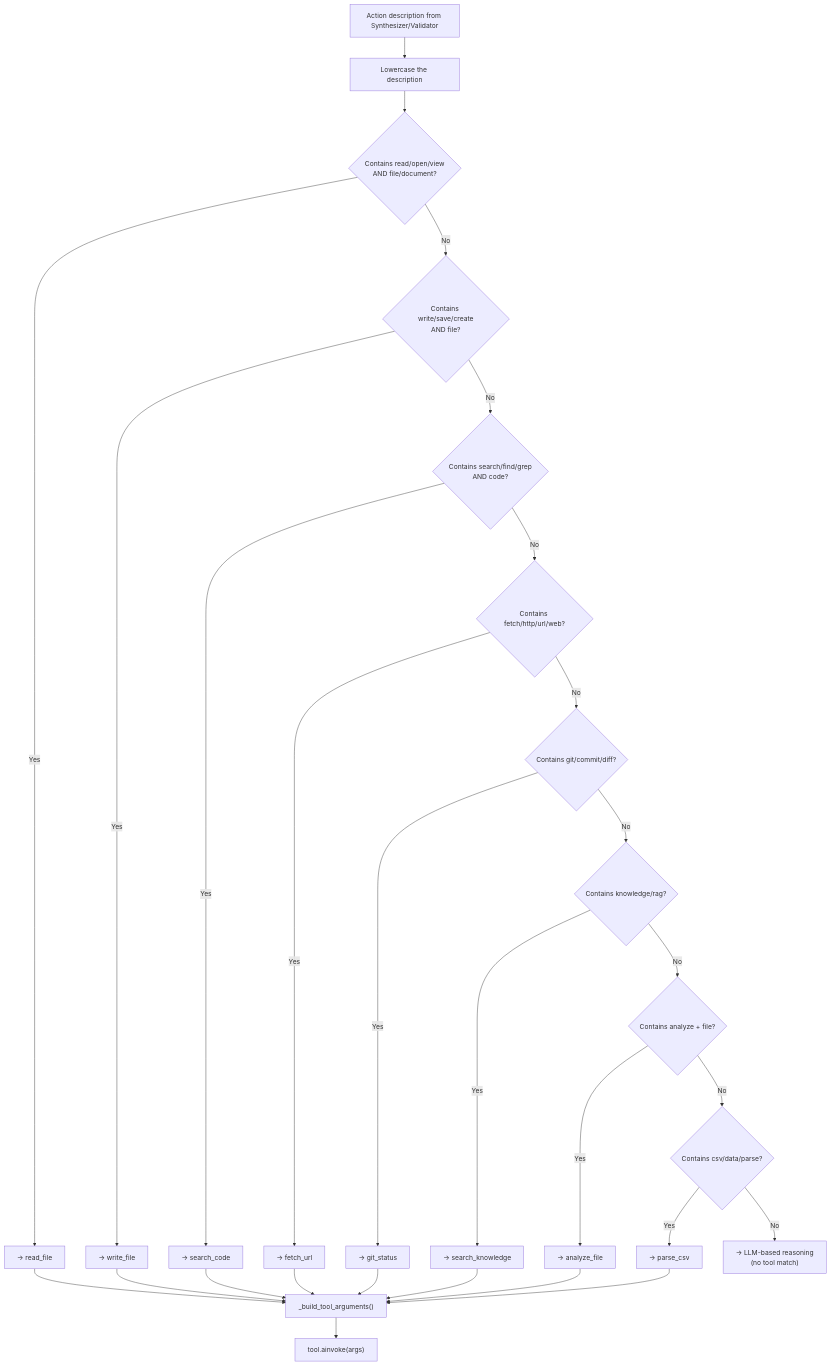
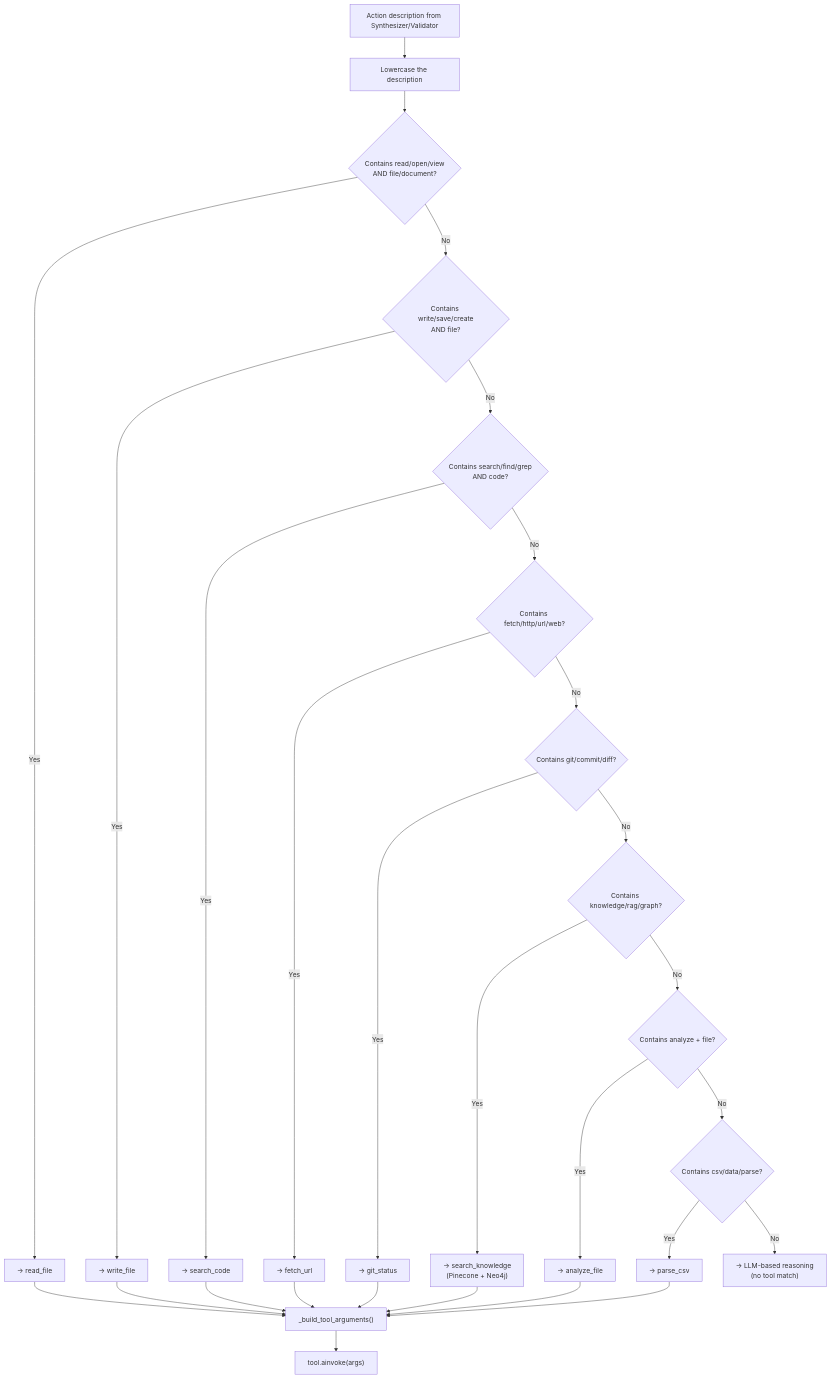
One commit to hoangsonww/AI-RAG-Assistant-Chatbot changed diagram 23 of 25 in AGENTIC-AI.md. Above: the diagram before and after it, drawn with Mermaid. The commit also changed other lines of this file and 32 other files, not shown here.

First line of the commit message:
feat(rag): add hybrid Pinecone+Neo4j retrieval, graph ingestion, and CLI graph management

````diff
--- a/AGENTIC-AI.md
+++ b/AGENTIC-AI.md
@@ -853,25 +856,25 @@
 ```mermaid
 flowchart TD
     Action["Action description from Synthesizer/Validator"]
     Action --> Lower["Lowercase the description"]
     Lower --> KW1{"Contains read/open/view<br/>AND file/document?"}
     KW1 -->|Yes| RF["→ read_file"]
     KW1 -->|No| KW2{"Contains write/save/create<br/>AND file?"}
     KW2 -->|Yes| WF["→ write_file"]
     KW2 -->|No| KW3{"Contains search/find/grep<br/>AND code?"}
     KW3 -->|Yes| SC["→ search_code"]
     KW3 -->|No| KW4{"Contains fetch/http/url/web?"}
     KW4 -->|Yes| FU["→ fetch_url"]
     KW4 -->|No| KW5{"Contains git/commit/diff?"}
     KW5 -->|Yes| GS["→ git_status"]
-    KW5 -->|No| KW6{"Contains knowledge/rag?"}
-    KW6 -->|Yes| SK["→ search_knowledge"]
+    KW5 -->|No| KW6{"Contains knowledge/rag/graph?"}
+    KW6 -->|Yes| SK["→ search_knowledge<br/>(Pinecone + Neo4j)"]
     KW6 -->|No| KW7{"Contains analyze + file?"}
     KW7 -->|Yes| AF["→ analyze_file"]
     KW7 -->|No| KW8{"Contains csv/data/parse?"}
     KW8 -->|Yes| PC["→ parse_csv"]
     KW8 -->|No| LLM["→ LLM-based reasoning<br/>(no tool match)"]
 
     RF & WF & SC & FU & GS & SK & AF & PC --> Build["_build_tool_arguments()"]
     Build --> Exec["tool.ainvoke(args)"]
 ```
````
